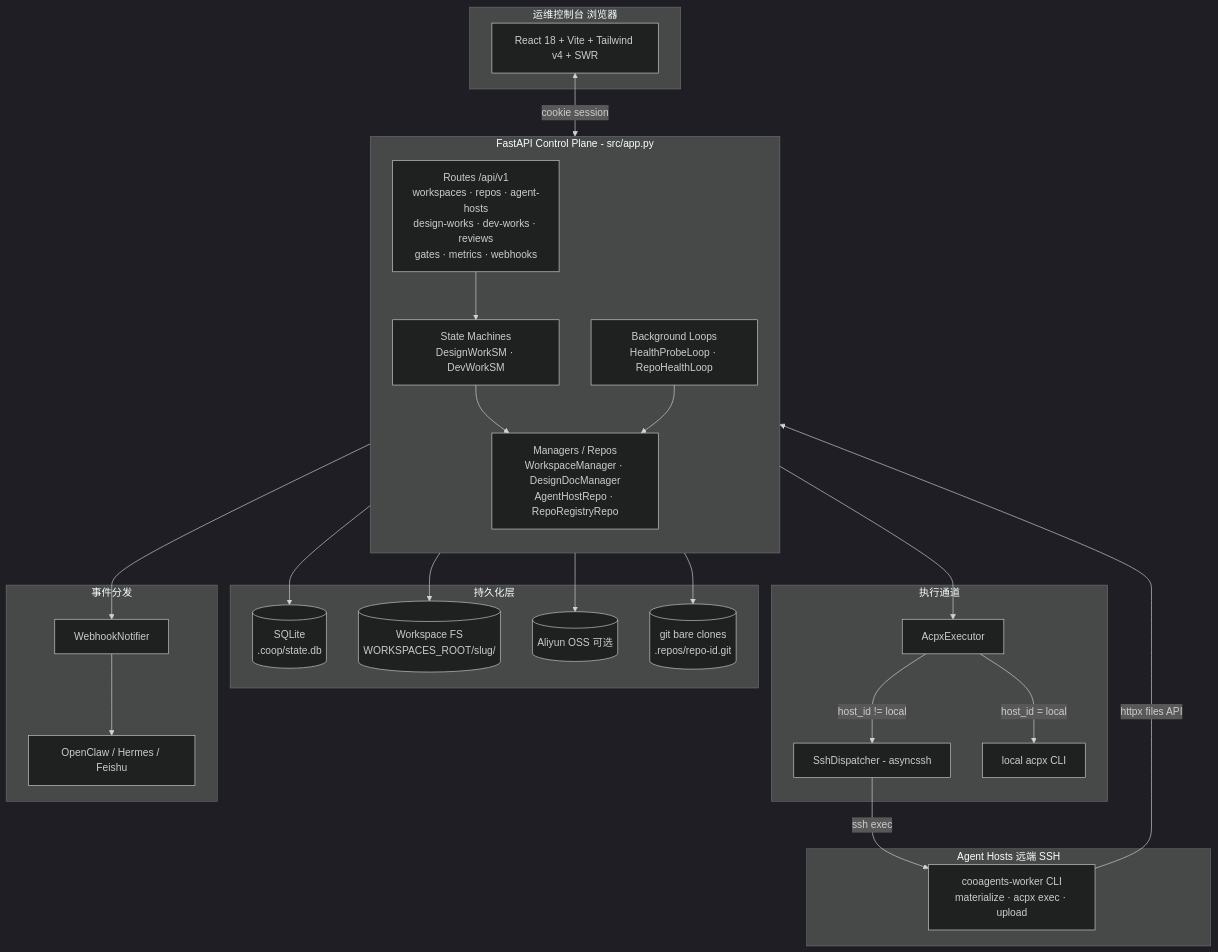
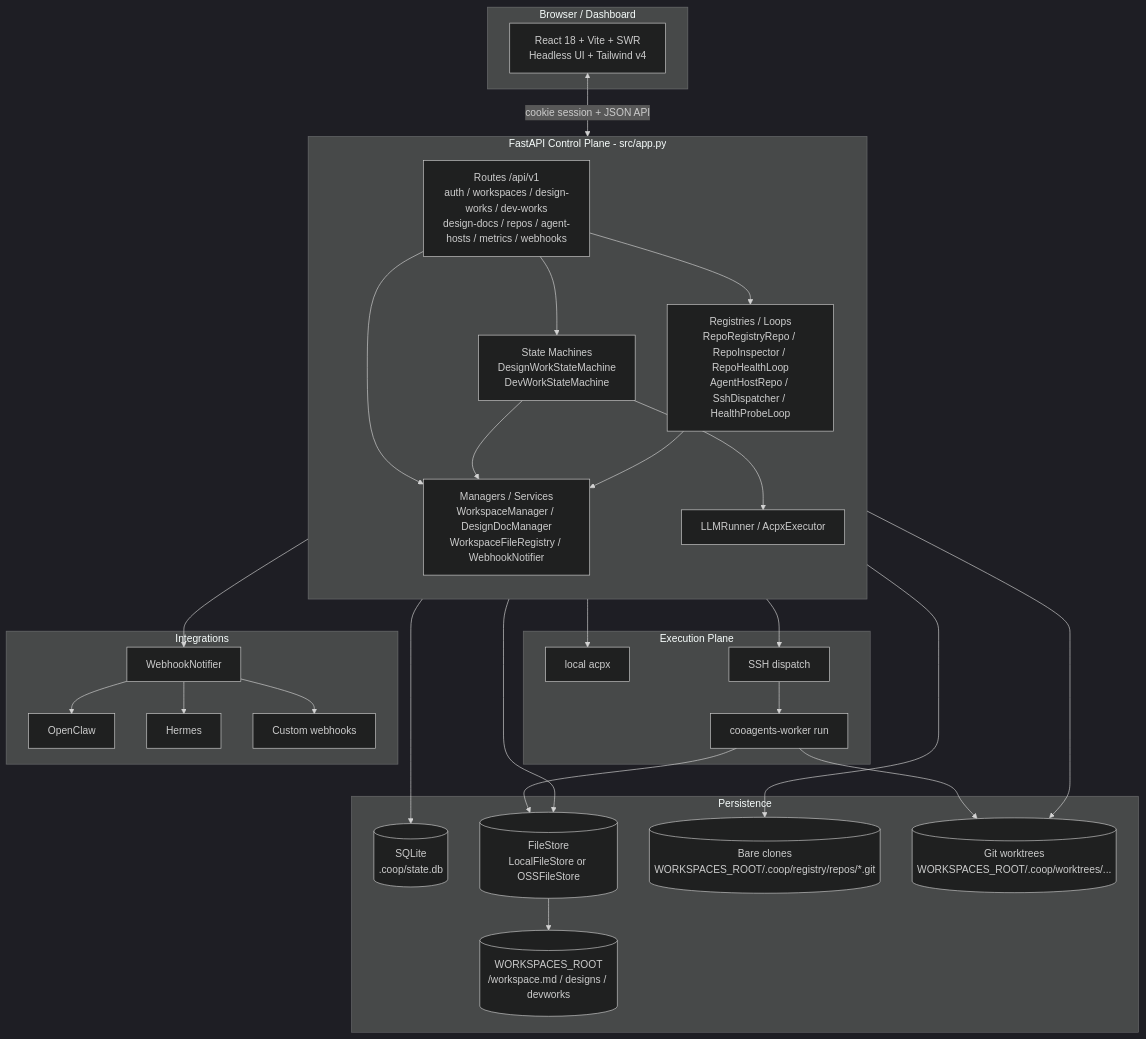
One commit to vaxtomis/cooagents changed the first of 6 diagrams in README.md. Above: the diagram before and after it, drawn with Mermaid (dark theme). The commit also changed other lines of this file, not shown here.

````diff
--- a/README.md
+++ b/README.md
@@ -84,52 +79,59 @@
 ```mermaid
 flowchart TB
-  subgraph Browser["运维控制台 浏览器"]
-    SPA["React 18 + Vite + Tailwind v4 + SWR"]
+  subgraph Browser["Browser / Dashboard"]
+    SPA["React 18 + Vite + SWR<br/>Headless UI + Tailwind v4"]
   end
 
   subgraph CP["FastAPI Control Plane - src/app.py"]
     direction TB
-    R["Routes /api/v1<br/>workspaces · repos · agent-hosts<br/>design-works · dev-works · reviews<br/>gates · metrics · webhooks"]
-    SM["State Machines<br/>DesignWorkSM · DevWorkSM"]
-    MGR["Managers / Repos<br/>WorkspaceManager · DesignDocManager<br/>AgentHostRepo · RepoRegistryRepo"]
-    LOOP["Background Loops<br/>HealthProbeLoop · RepoHealthLoop"]
-    R --> SM
-    SM --> MGR
-    LOOP --> MGR
+    ROUTES["Routes /api/v1<br/>auth / workspaces / design-works / dev-works<br/>design-docs / repos / agent-hosts / metrics / webhooks"]
+    SM["State Machines<br/>DesignWorkStateMachine<br/>DevWorkStateMachine"]
+    CORE["Managers / Services<br/>WorkspaceManager / DesignDocManager<br/>WorkspaceFileRegistry / WebhookNotifier"]
+    REG["Registries / Loops<br/>RepoRegistryRepo / RepoInspector / RepoHealthLoop<br/>AgentHostRepo / SshDispatcher / HealthProbeLoop"]
+    LLM["LLMRunner + AcpxExecutor"]
+    ROUTES --> SM
+    ROUTES --> CORE
+    ROUTES --> REG
+    SM --> CORE
+    SM --> LLM
+    REG --> CORE
   end
 
-  subgraph Exec["执行通道"]
-    AC["AcpxExecutor"]
-    SSH["SshDispatcher - asyncssh"]
-    LOC["local acpx CLI"]
-    AC -- "host_id = local" --> LOC
-    AC -- "host_id != local" --> SSH
+  subgraph Exec["Execution Plane"]
+    LOCAL["local acpx"]
+    SSH["SSH dispatch"]
+    WORKER["cooagents-worker run"]
+    LLM["LLMRunner / AcpxExecutor"]
+    LLM --> LOCAL
+    LLM --> SSH
+    SSH --> WORKER
   end
 
-  subgraph Hosts["Agent Hosts 远端 SSH"]
-    WK["cooagents-worker CLI<br/>materialize · acpx exec · upload"]
+  subgraph Storage["Persistence"]
+    DB[("SQLite<br/>.coop/state.db")]
+    WS[("WORKSPACES_ROOT<br/><slug>/workspace.md / designs / devworks")]
+    FILES[("FileStore<br/>LocalFileStore or OSSFileStore")]
+    REPOS[("Bare clones<br/>WORKSPACES_ROOT/.coop/registry/repos/*.git")]
+    WTS[("Git worktrees<br/>WORKSPACES_ROOT/.coop/worktrees/...")]
   end
 
-  subgraph Storage["持久化层"]
-    DB[("SQLite<br/>.coop/state.db")]
-    FS[("Workspace FS<br/>WORKSPACES_ROOT/slug/")]
-    OSS[("Aliyun OSS 可选")]
-    REPOS[("git bare clones<br/>.repos/repo-id.git")]
+  subgraph Notify["Integrations"]
+    WH["WebhookNotifier"]
+    OC["OpenClaw"]
+    HM["Hermes"]
+    EXT["Custom webhooks"]
   end
 
-  subgraph Notify["事件分发"]
-    WH["WebhookNotifier"]
-    OUT["OpenClaw / Hermes / Feishu"]
-  end
-
-  SPA <-- "cookie session" --> R
-  SM --> AC
-  SSH -- "ssh exec" --> WK
-  WK -- "httpx files API" --> R
-  MGR --> DB
-  MGR --> FS
-  MGR --> OSS
-  LOOP --> REPOS
+  SPA <-- "cookie session + JSON API" --> ROUTES
+  CORE --> DB
+  CORE --> FILES
+  FILES --> WS
+  REG --> REPOS
+  SM --> WTS
   SM --> WH
-  WH --> OUT
+  WH --> OC
+  WH --> HM
+  WH --> EXT
+  WORKER --> FILES
+  WORKER --> WTS
 ```
````
